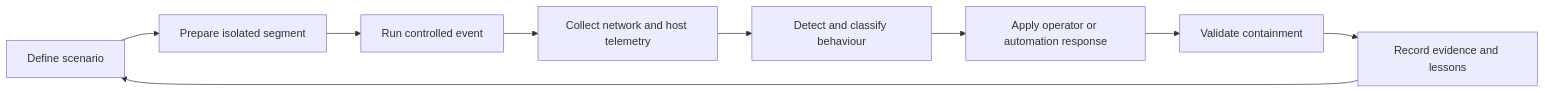
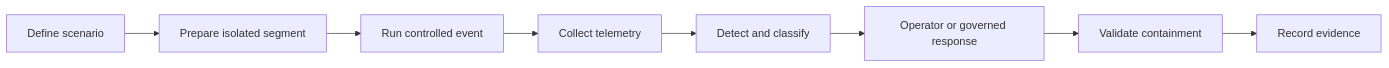
The diagram in README.md (FlorianStuettgen/EvoSec), drawn with Mermaid before and after one commit. The commit also changed other lines of this file, not shown here.

````diff
--- a/README.md
+++ b/README.md
@@ -9,11 +32,10 @@
 ```mermaid
 flowchart LR
-    A[Define scenario] --> B[Prepare isolated segment]
-    B --> C[Run controlled event]
-    C --> D[Collect network and host telemetry]
-    D --> E[Detect and classify behaviour]
-    E --> F[Apply operator or automation response]
-    F --> G[Validate containment]
-    G --> H[Record evidence and lessons]
-    H --> A
+    DEFINE[Define scenario] --> PREPARE[Prepare isolated segment]
+    PREPARE --> RUN[Run controlled event]
+    RUN --> COLLECT[Collect telemetry]
+    COLLECT --> DETECT[Detect and classify]
+    DETECT --> RESPOND[Operator or governed response]
+    RESPOND --> VERIFY[Validate containment]
+    VERIFY --> RECORD[Record evidence]
 ```
````
